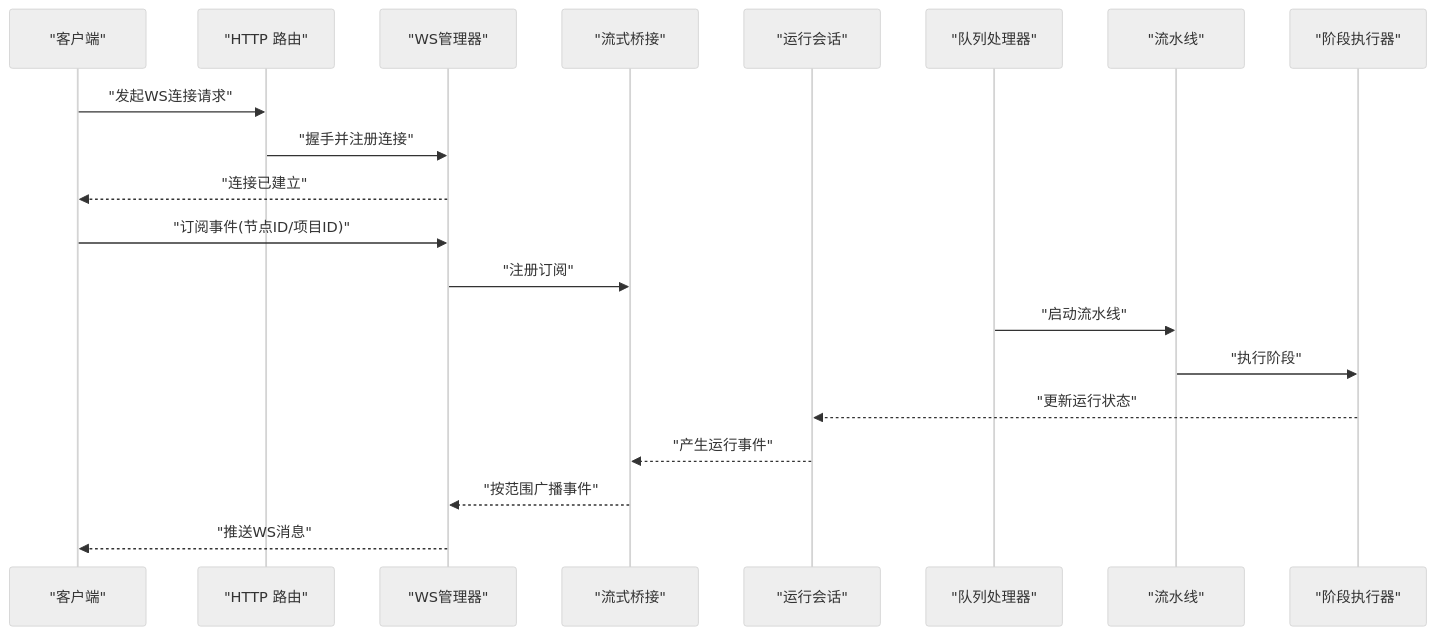
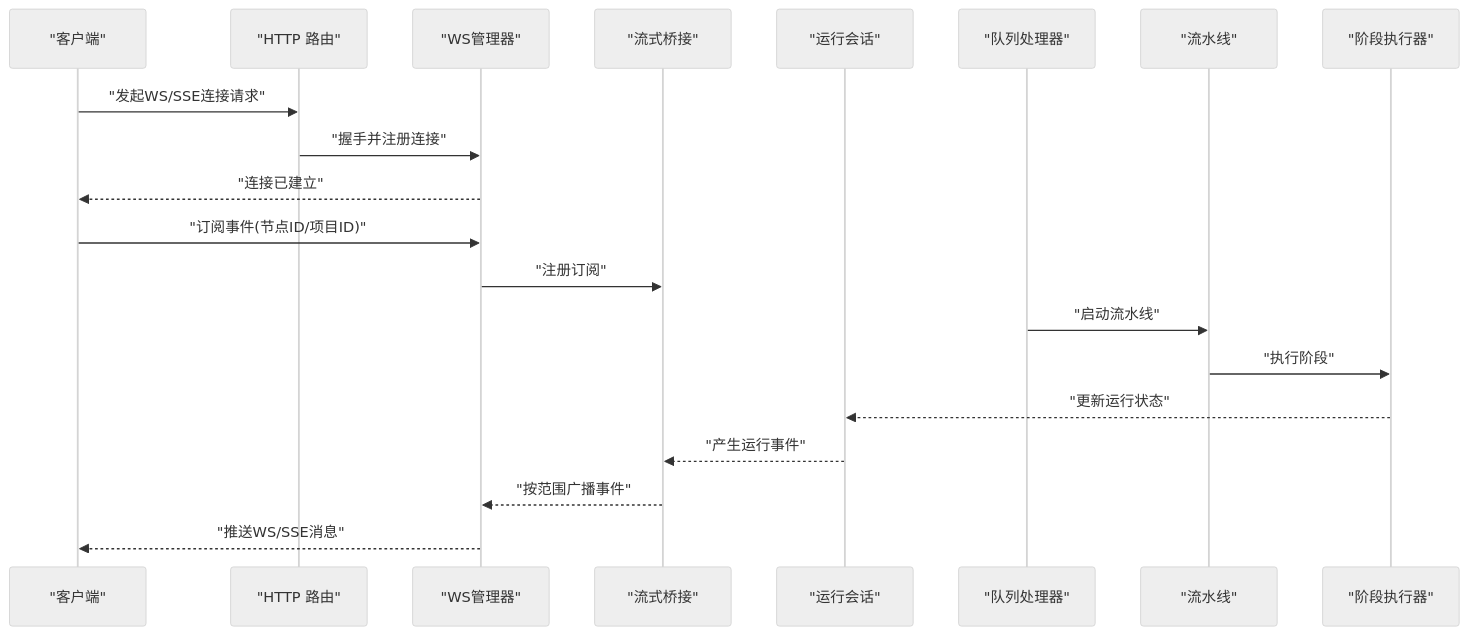
One commit to scottcwy/PurpleInk changed the second of 7 diagrams in .qoder/repowiki/zh/content/API参考/导演系统API/实时流式通信API.md. Above: the diagram before and after it, drawn with Mermaid (neutral theme). The commit also changed other lines of this file and 109 other files, not shown here.

````diff
--- a/.qoder/repowiki/zh/content/API参考/导演系统API/实时流式通信API.md
+++ b/.qoder/repowiki/zh/content/API参考/导演系统API/实时流式通信API.md
@@ -105,22 +113,22 @@
 ```mermaid
 sequenceDiagram
 participant C as "客户端"
 participant R as "HTTP 路由"
 participant M as "WS管理器"
 participant B as "流式桥接"
 participant S as "运行会话"
 participant Q as "队列处理器"
 participant P as "流水线"
 participant U as "阶段执行器"
-C->>R : "发起WS连接请求"
+C->>R : "发起WS/SSE连接请求"
 R->>M : "握手并注册连接"
 M-->>C : "连接已建立"
 C->>M : "订阅事件(节点ID/项目ID)"
 M->>B : "注册订阅"
 Q->>P : "启动流水线"
 P->>U : "执行阶段"
 U-->>S : "更新运行状态"
 S-->>B : "产生运行事件"
 B-->>M : "按范围广播事件"
-M-->>C : "推送WS消息"
+M-->>C : "推送WS/SSE消息"
 ```
````
